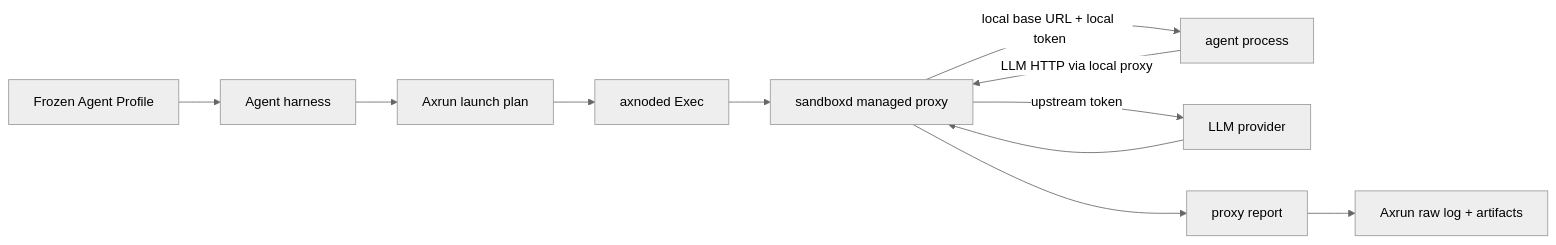
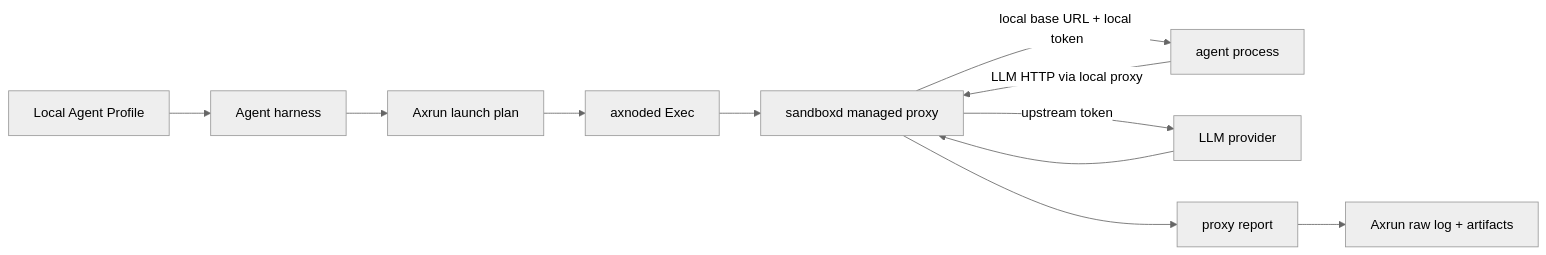
The diagram in apps/axrun/docs/managed-proxy.md (cofy-x/axern), drawn with Mermaid (neutral theme) before and after one commit. The commit also changed other lines of this file and 208 other files, not shown here.

````diff
--- a/apps/axrun/docs/managed-proxy.md
+++ b/apps/axrun/docs/managed-proxy.md
@@ -15,23 +14,23 @@
 ```mermaid
 flowchart LR
-    Profile["Frozen Agent Profile"]
+    Profile["Local Agent Profile"]
     Harness["Agent harness"]
     Axrun["Axrun launch plan"]
     Axnoded["axnoded Exec"]
     Sandboxd["sandboxd managed proxy"]
     Agent["agent process"]
     Provider["LLM provider"]
     Report["proxy report"]
     Raw["Axrun raw log + artifacts"]
 
     Profile --> Harness
     Harness --> Axrun
     Axrun --> Axnoded
     Axnoded --> Sandboxd
     Sandboxd -->|"local base URL + local token"| Agent
     Agent -->|"LLM HTTP via local proxy"| Sandboxd
     Sandboxd -->|"upstream token"| Provider
     Provider --> Sandboxd
     Sandboxd --> Report
     Report --> Raw
 ```
````
